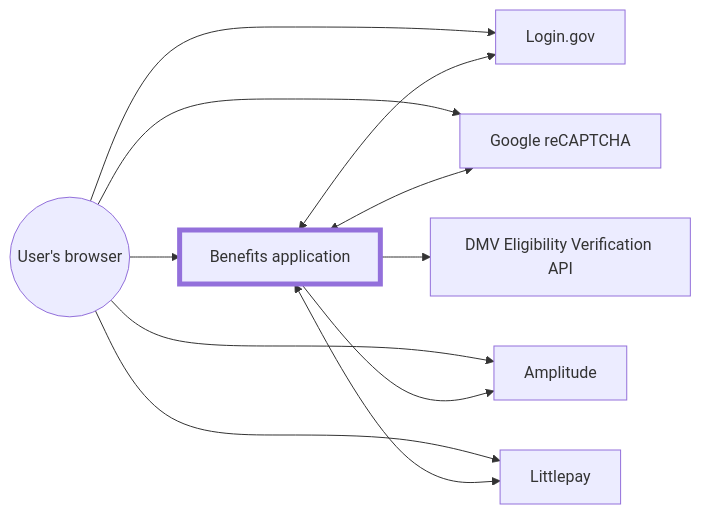
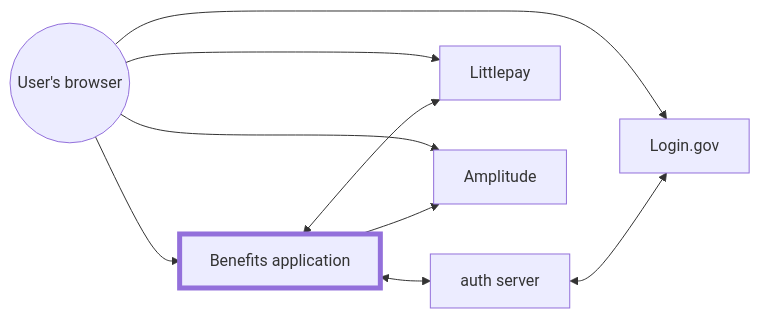
The first of 2 diagrams in docs/deployment/infrastructure.md (cal-itp/benefits), drawn with Mermaid before and after one commit.

Commit message:
chore: hide DMV from interconnections
Not currently used.

````diff
--- a/docs/deployment/infrastructure.md
+++ b/docs/deployment/infrastructure.md
@@ -14,20 +14,25 @@
 ```mermaid
 flowchart LR
-    dmv[DMV Eligibility Verification API]
+    %% DMV integration is currently disabled, hence the lines commented out below
+
+    %% dmv[DMV Eligibility Verification API]
     benefits[Benefits application]
     style benefits stroke-width:5px
-    recaptcha[Google reCAPTCHA]
+    %% recaptcha[Google reCAPTCHA]
     rider((User's browser))
+    auth[auth server]
 
     rider --> benefits
     rider --> Login.gov
-    rider --> recaptcha
+    %% rider --> recaptcha
     rider --> Littlepay
     rider --> Amplitude
 
-    benefits <--> Login.gov
-    benefits <--> recaptcha
-    benefits --> dmv
+    benefits <--> auth
+    %% benefits <--> recaptcha
+    %% benefits --> dmv
     benefits --> Amplitude
     benefits <--> Littlepay
+
+    auth <--> Login.gov
 ```
````
